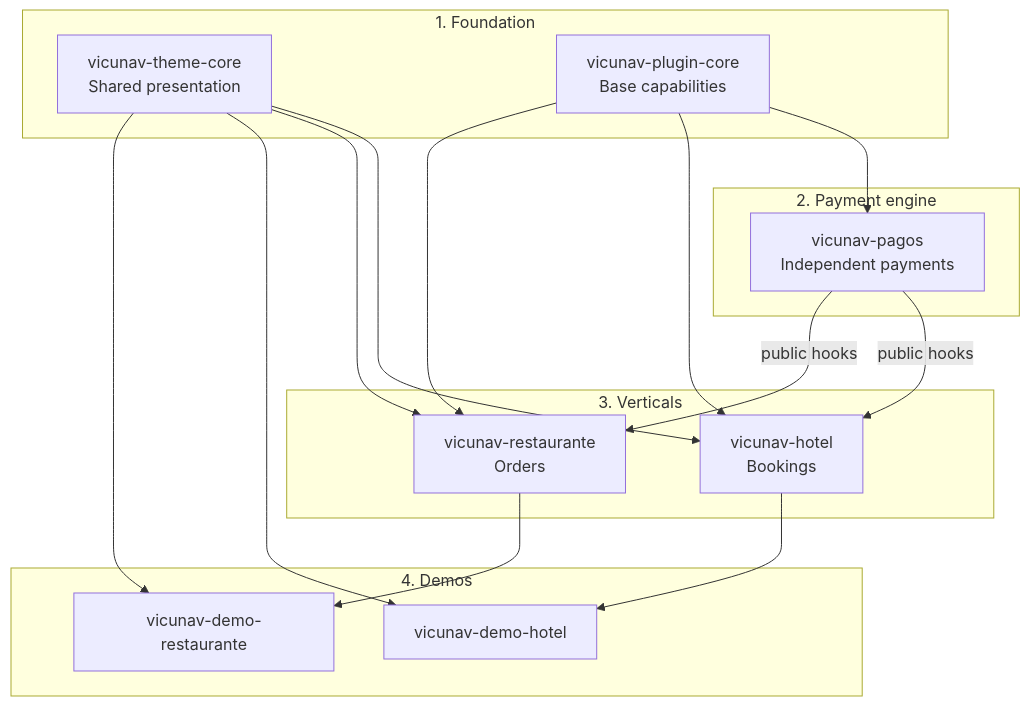
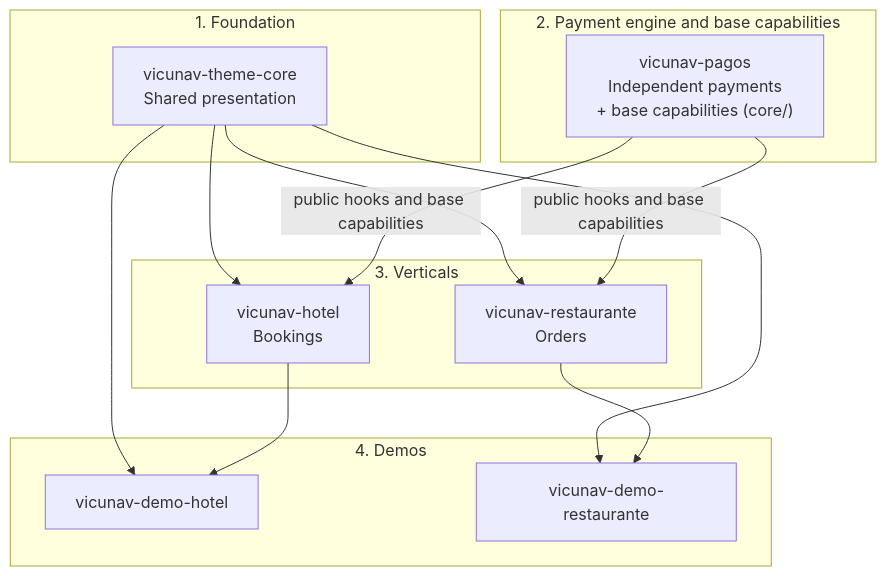
One commit to vicunav/vicunav-hub changed the diagram in README.md. Above: the diagram before and after it, drawn with Mermaid. The commit also changed other lines of this file and 20 other files, not shown here.

First line of the commit message:
docs: consolidar el hub con los repositorios vigentes y registrar la absorción de core en pagos

````diff
--- a/README.md
+++ b/README.md
@@ -13,33 +13,29 @@
 ```mermaid
 flowchart TB
     subgraph foundation["1. Foundation"]
         theme["vicunav-theme-core<br/>Shared presentation"]
-        plugin["vicunav-plugin-core<br/>Base capabilities"]
     end
 
-    subgraph payments["2. Payment engine"]
-        payment["vicunav-pagos<br/>Independent payments"]
+    subgraph payments["2. Payment engine and base capabilities"]
+        payment["vicunav-pagos<br/>Independent payments<br/>+ base capabilities (core/)"]
     end
 
     subgraph verticals["3. Verticals"]
         hotel["vicunav-hotel<br/>Bookings"]
         restaurant["vicunav-restaurante<br/>Orders"]
     end
 
     subgraph demos["4. Demos"]
         demo_hotel["vicunav-demo-hotel"]
         demo_restaurant["vicunav-demo-restaurante"]
     end
 
-    plugin --> payment
     theme --> hotel
     theme --> restaurant
-    plugin --> hotel
-    plugin --> restaurant
-    payment -->|public hooks| hotel
-    payment -->|public hooks| restaurant
+    payment -->|public hooks and base capabilities| hotel
+    payment -->|public hooks and base capabilities| restaurant
     theme --> demo_hotel
     theme --> demo_restaurant
     hotel --> demo_hotel
     restaurant --> demo_restaurant
 ```
````
